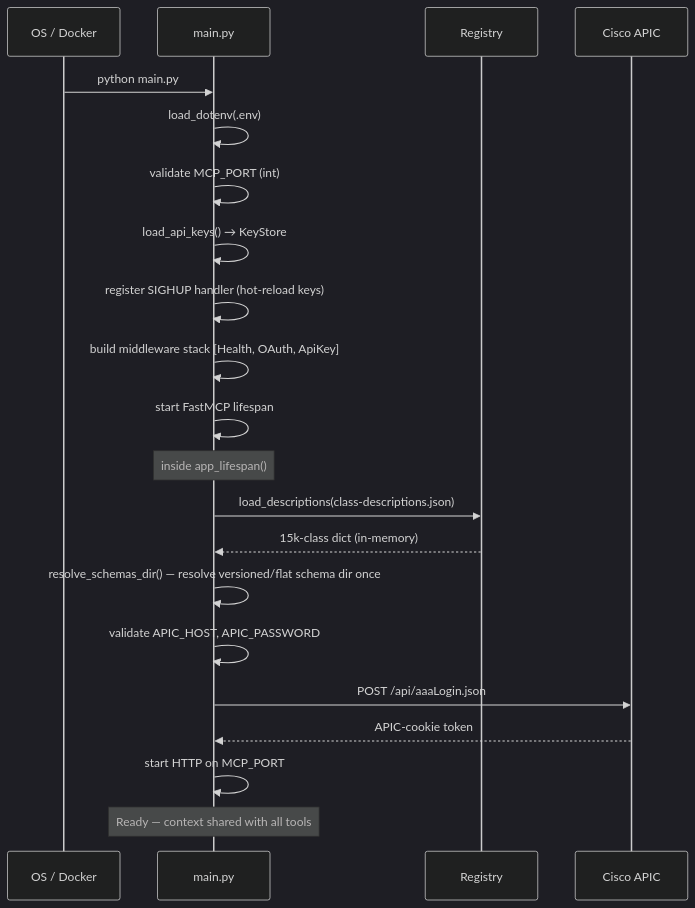
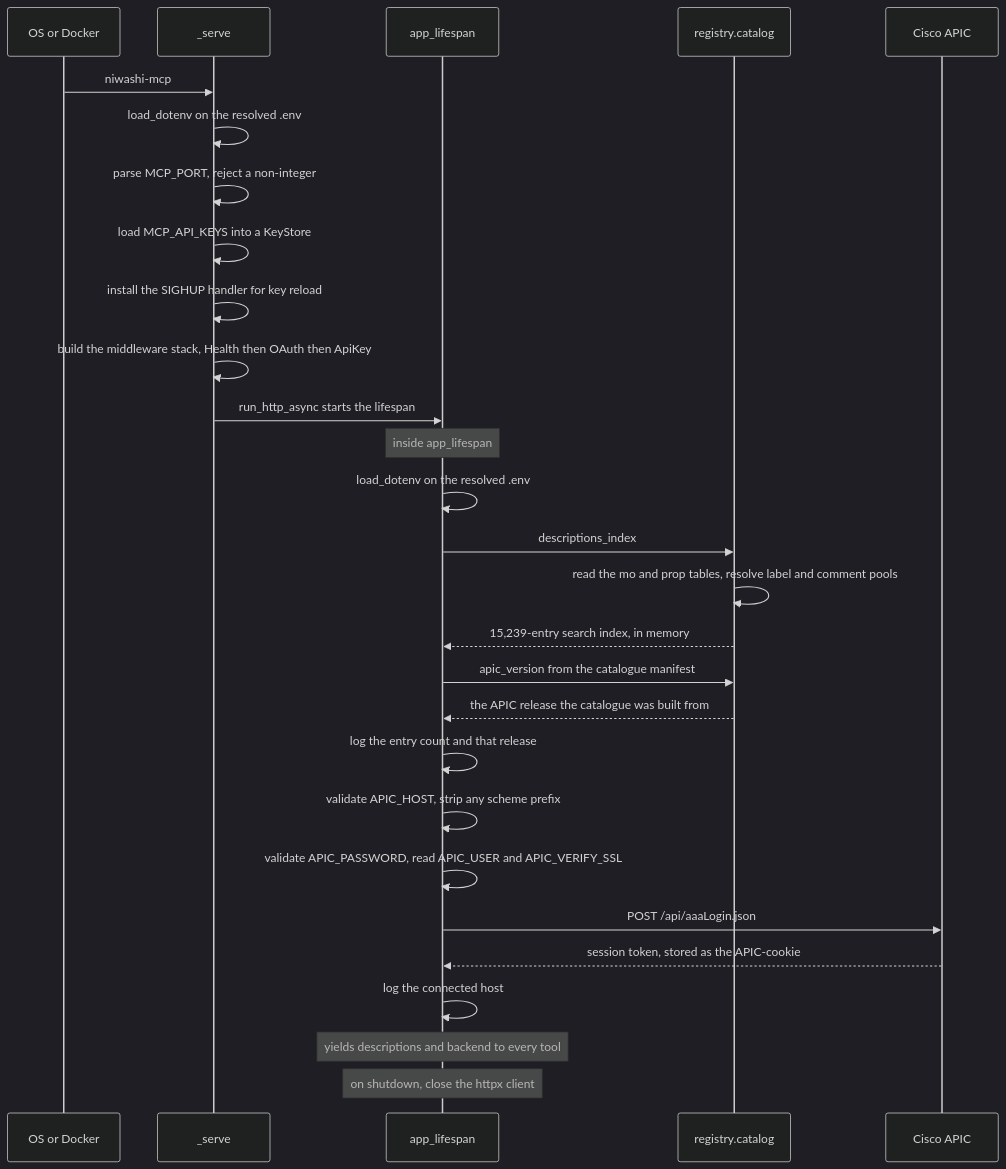
Before and after one commit to k3l0-dev/aci-mcp: the third of 3 diagrams in docs/architecture/overview.md, drawn with Mermaid (dark theme). The commit also changed other lines of this file and 27 other files, not shown here.

````diff
--- a/docs/architecture/overview.md
+++ b/docs/architecture/overview.md
@@ -136,25 +202,32 @@
 ```mermaid
 sequenceDiagram
-    participant OS as OS / Docker
-    participant server as main.py
-    participant registry as Registry
+    participant OS as OS or Docker
+    participant serve as _serve
+    participant life as app_lifespan
+    participant cat as registry.catalog
     participant apic as Cisco APIC
 
-    OS->>server: python main.py
-    server->>server: load_dotenv(.env)
-    server->>server: validate MCP_PORT (int)
-    server->>server: load_api_keys() → KeyStore
-    server->>server: register SIGHUP handler (hot-reload keys)
-    server->>server: build middleware stack [Health, OAuth, ApiKey]
-    server->>server: start FastMCP lifespan
+    OS->>serve: niwashi-mcp
+    serve->>serve: load_dotenv on the resolved .env
+    serve->>serve: parse MCP_PORT, reject a non-integer
+    serve->>serve: load MCP_API_KEYS into a KeyStore
+    serve->>serve: install the SIGHUP handler for key reload
+    serve->>serve: build the middleware stack, Health then OAuth then ApiKey
+    serve->>life: run_http_async starts the lifespan
 
-    Note over server: inside app_lifespan()
-    server->>registry: load_descriptions(class-descriptions.json)
-    registry-->>server: 15k-class dict (in-memory)
-    server->>server: resolve_schemas_dir() — resolve versioned/flat schema dir once
-    server->>server: validate APIC_HOST, APIC_PASSWORD
-    server->>apic: POST /api/aaaLogin.json
-    apic-->>server: APIC-cookie token
-    server->>server: start HTTP on MCP_PORT
-    Note over server: Ready — context shared with all tools
+    Note over life: inside app_lifespan
+    life->>life: load_dotenv on the resolved .env
+    life->>cat: descriptions_index
+    cat->>cat: read the mo and prop tables, resolve label and comment pools
+    cat-->>life: 15,239-entry search index, in memory
+    life->>cat: apic_version from the catalogue manifest
+    cat-->>life: the APIC release the catalogue was built from
+    life->>life: log the entry count and that release
+    life->>life: validate APIC_HOST, strip any scheme prefix
+    life->>life: validate APIC_PASSWORD, read APIC_USER and APIC_VERIFY_SSL
+    life->>apic: POST /api/aaaLogin.json
+    apic-->>life: session token, stored as the APIC-cookie
+    life->>life: log the connected host
+    Note over life: yields descriptions and backend to every tool
+    Note over life: on shutdown, close the httpx client
 ```
````
